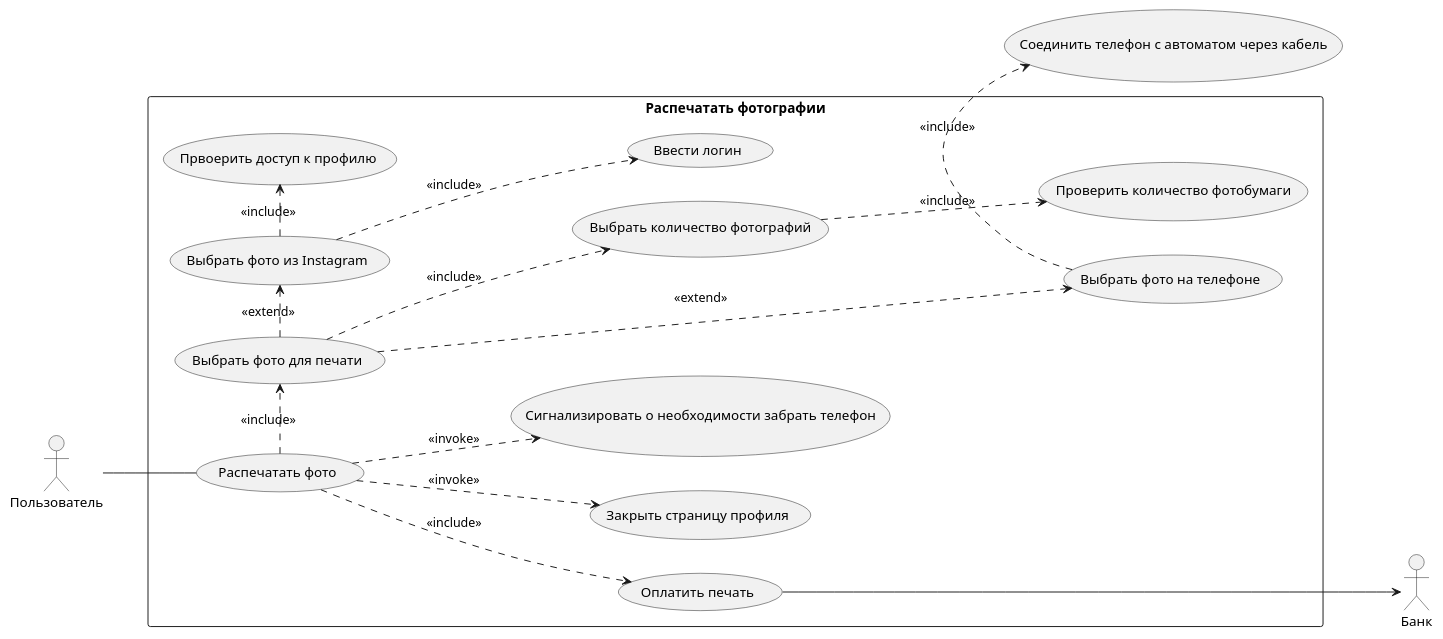
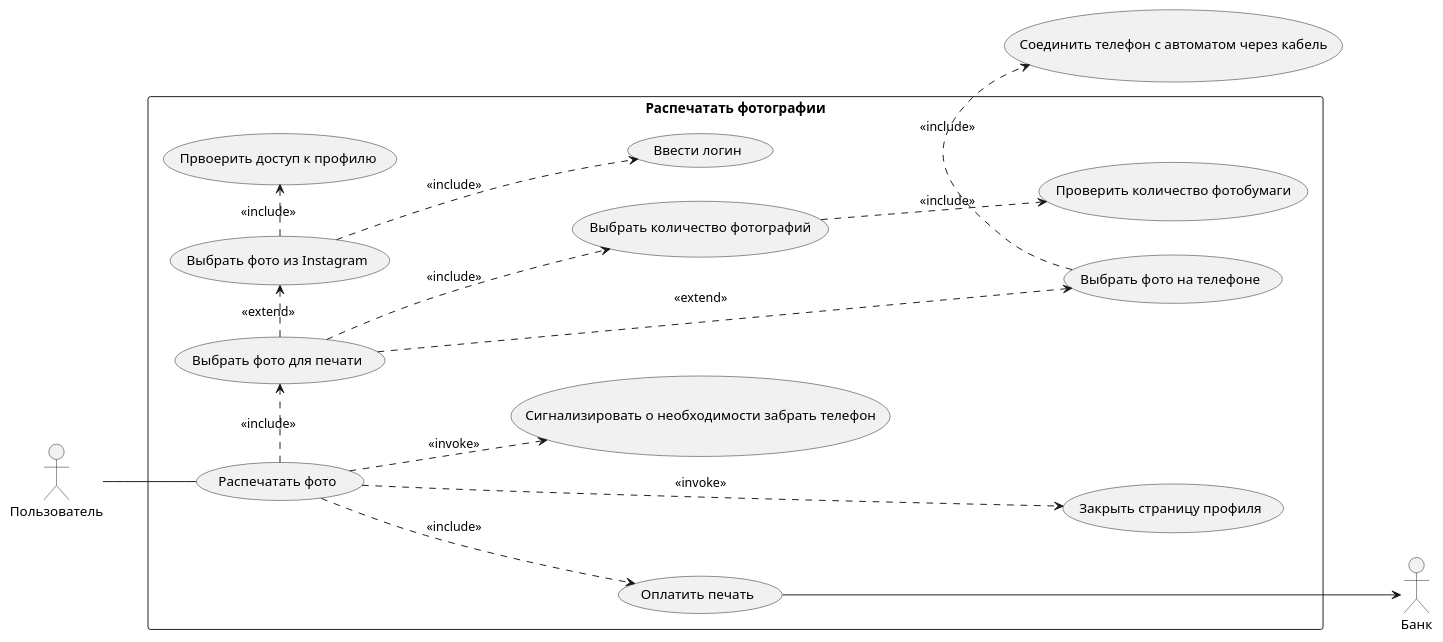
One commit to PopkovAYu/Notes changed the diagram in Notes/Системная аналитика/Курсы от нетологии/Раздел 3. Анализ требований/Итоговая работа по модулю.md. Above: the diagram before and after it, drawn with PlantUML.

Commit message:
vault backup: 2024-04-30 16:06:04
Affected files:
Notes/Системная аналитика/Курсы от нетологии/Раздел 3. Анализ требований/Итоговая работа по модулю.md

````diff
--- a/Notes/Системная аналитика/Курсы от нетологии/Раздел 3. Анализ требований/Итоговая работа по модулю.md
+++ b/Notes/Системная аналитика/Курсы от нетологии/Раздел 3. Анализ требований/Итоговая работа по модулю.md
@@ -78,25 +78,25 @@
 ```plantuml
 @startuml
 actor Пользователь as user
 actor Банк as bank
 
 rectangle "Распечатать фотографии" {
 	left to right direction
 	
 	(Выбрать фото из Instagram) ..> (Ввести логин) : <<include>>
 	(Выбрать фото из Instagram) .> (Првоерить доступ к профилю) : <<include>>
 	(Выбрать фото для печати) ...> (Выбрать фото на телефоне) : <<extend>>
 	(Выбрать фото для печати) ..> (Выбрать количество фотографий) : <<include>>
 	(Выбрать количество фотографий) ..> (Проверить количество фотобумаги) : <<include>>
 	(Выбрать фото для печати) .> (Выбрать фото из Instagram) : <<extend>>
 	(Распечатать фото) .> (Выбрать фото для печати) : <<include>>
 	user -- (Распечатать фото)
 	(Распечатать фото) ..> (Оплатить печать) : <<include>>
 	(Оплатить печать) ---> bank
-	(Распечатать фото) ..> (Закрыть страницу профиля) : <<invoke>> 
+	(Распечатать фото) ...> (Закрыть страницу профиля) : <<invoke>> 
 	(Распечатать фото) ..> (Сигнализировать о необходимости забрать телефон) : <<invoke>>
 }
 
 (Выбрать фото на телефоне) .> (Соединить телефон с автоматом через кабель) : <<include>>
 @enduml
 ```
````
